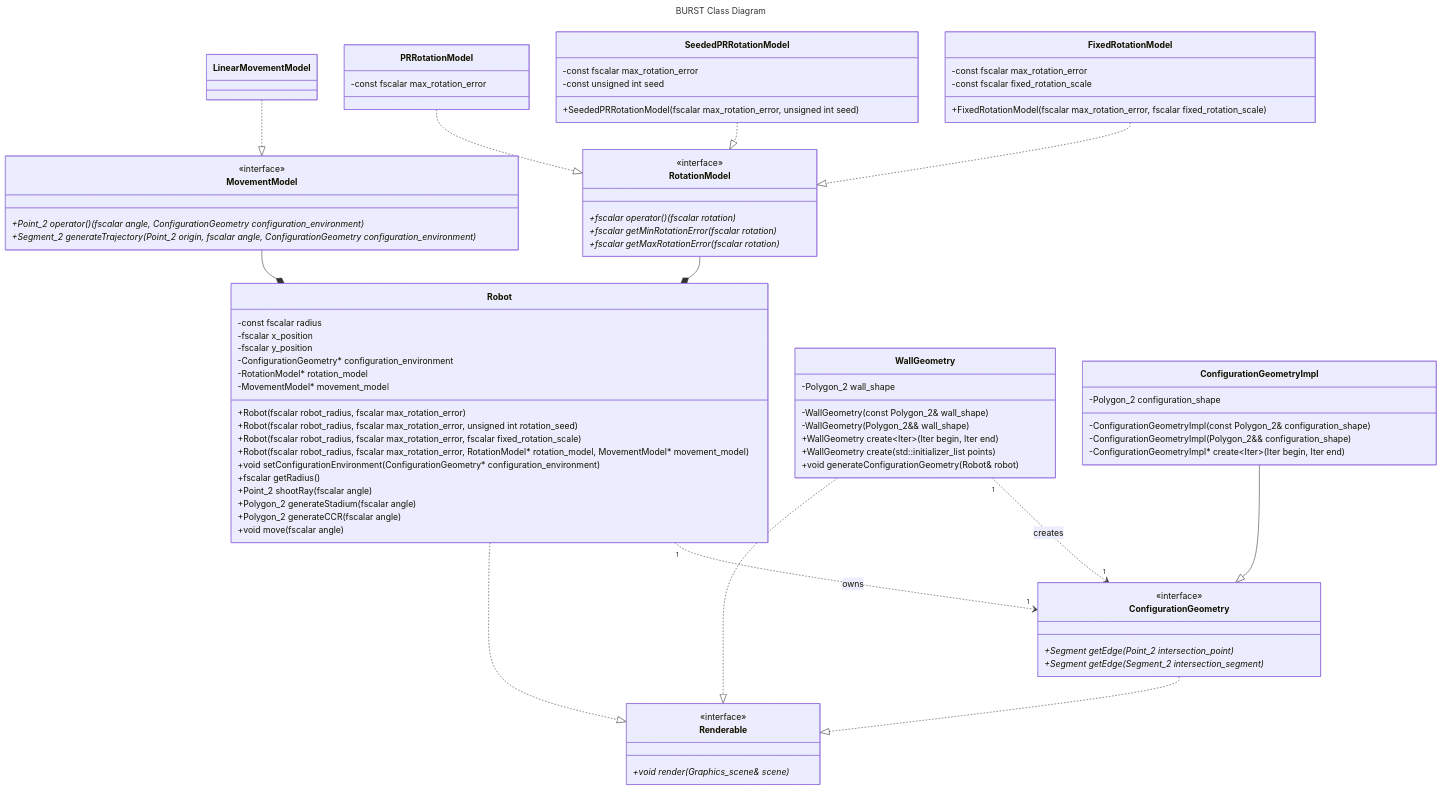
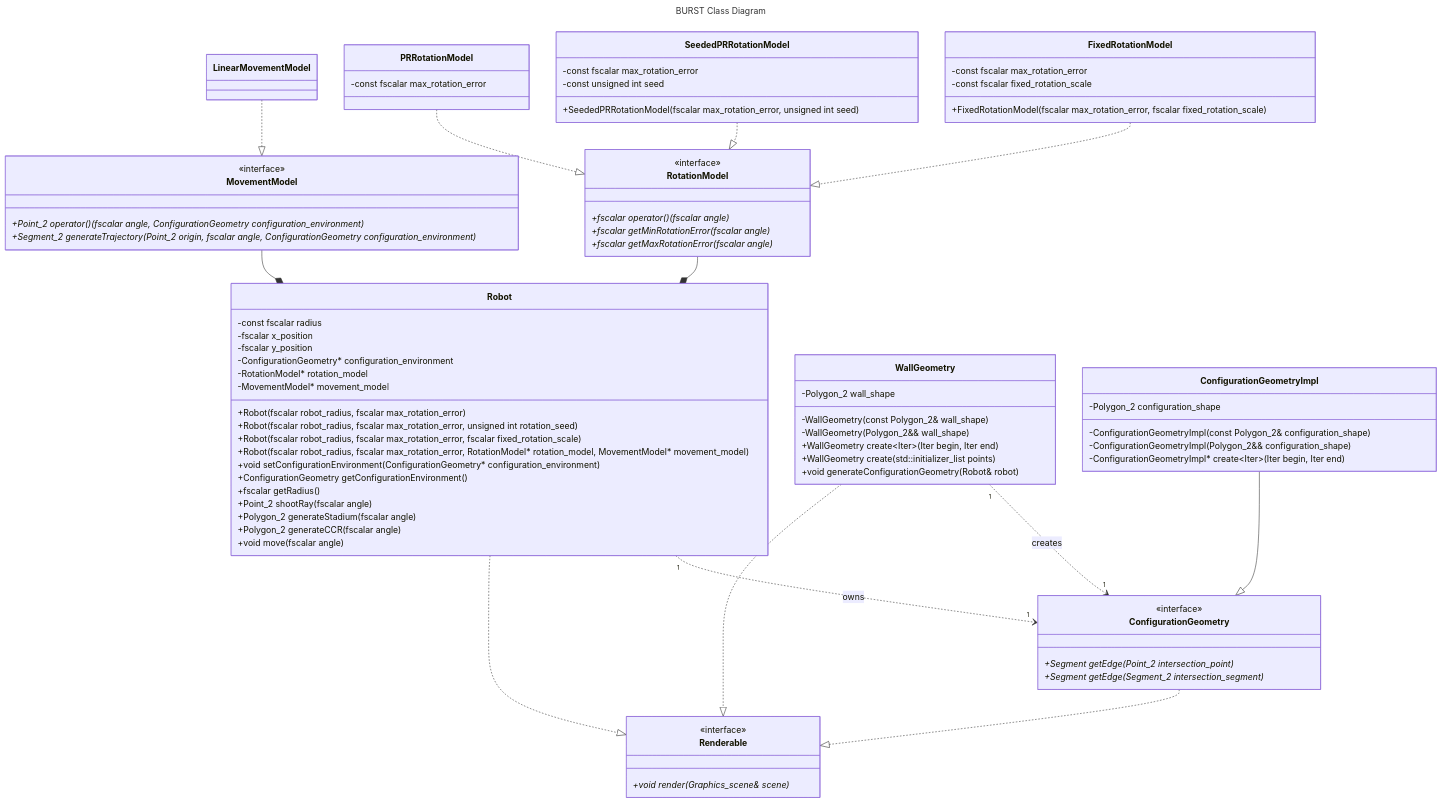
Before and after one commit to KedarPanchal/DAIR-BURST: the diagram in docs/DESIGN.md, drawn with Mermaid. The commit also changed 6 other files, not shown here.

Commit message:
Write ConfigurationGeometry tests

```diff
--- a/docs/DESIGN.md
+++ b/docs/DESIGN.md
@@ -20,9 +20,9 @@
 classDiagram
     direction TD
     class RotationModel {
-        +fscalar operator() (fscalar rotation)*
-        +fscalar getMinRotationError(fscalar rotation)*
-        +fscalar getMaxRotationError(fscalar rotation)*
+        +fscalar operator() (fscalar angle)*
+        +fscalar getMinRotationError(fscalar angle)*
+        +fscalar getMaxRotationError(fscalar angle)*
     }
     <<interface>> RotationModel
     
@@ -73,6 +73,7 @@
         +Robot(fscalar robot_radius, fscalar max_rotation_error, fscalar fixed_rotation_scale)
         +Robot(fscalar robot_radius, fscalar max_rotation_error, RotationModel* rotation_model, MovementModel* movement_model)
         +void setConfigurationEnvironment(ConfigurationGeometry* configuration_environment)
+        +ConfigurationGeometry getConfigurationEnvironment()
         +fscalar getRadius()
         +Point_2 shootRay(fscalar angle)
         +Polygon_2 generateStadium(fscalar angle)
```
